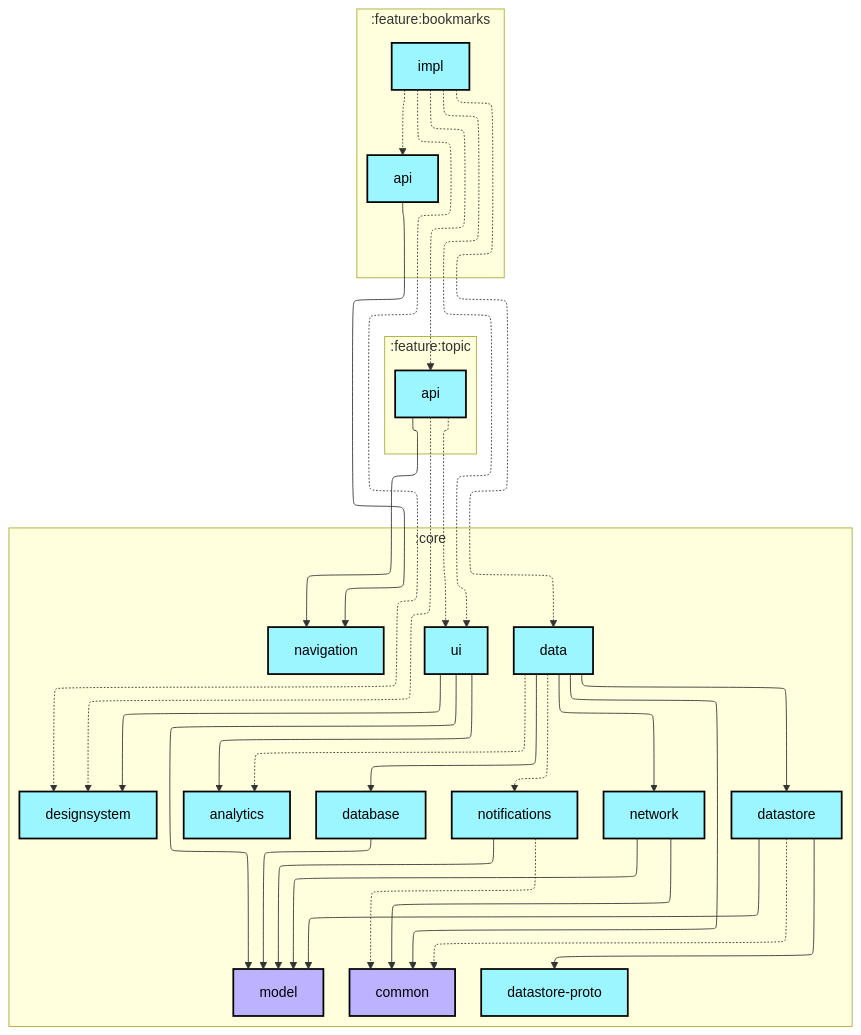
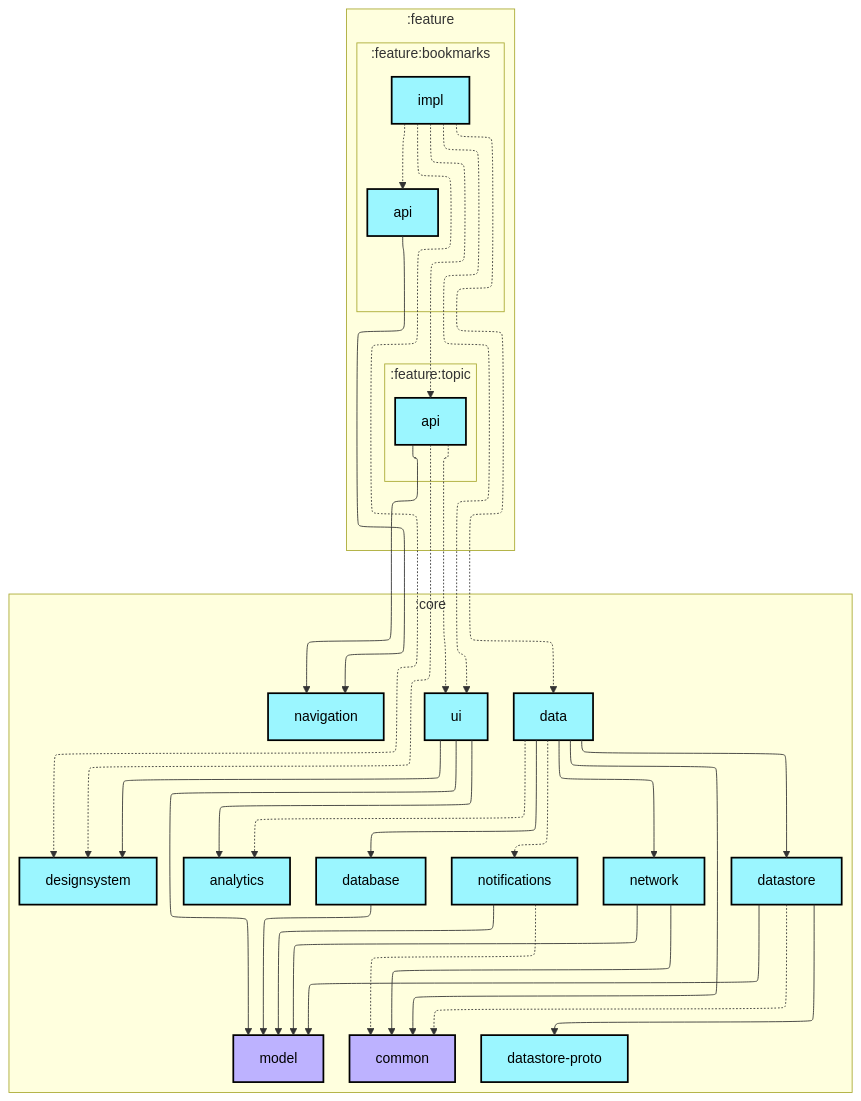
The first of 2 diagrams in feature/bookmarks/impl/README.md (android/nowinandroid), drawn with Mermaid before and after one commit. The commit also changed 12 other files, not shown here.

Commit message:
Fix module graph generation.

````diff
--- a/feature/bookmarks/impl/README.md
+++ b/feature/bookmarks/impl/README.md
@@ -6,67 +6,70 @@
 ```mermaid
 ---
 config:
   layout: elk
   elk:
     nodePlacementStrategy: SIMPLE
 ---
 graph TB
+  subgraph :feature
+    direction TB
+    subgraph :feature:bookmarks
+      direction TB
+      :feature:bookmarks:api[api]:::android-library
+      :feature:bookmarks:impl[impl]:::android-library
+    end
+    subgraph :feature:topic
+      direction TB
+      :feature:topic:api[api]:::android-library
+    end
+  end
   subgraph :core
     direction TB
     :core:analytics[analytics]:::android-library
     :core:common[common]:::jvm-library
     :core:data[data]:::android-library
     :core:database[database]:::android-library
     :core:datastore[datastore]:::android-library
     :core:datastore-proto[datastore-proto]:::android-library
     :core:designsystem[designsystem]:::android-library
     :core:model[model]:::jvm-library
     :core:navigation[navigation]:::android-library
     :core:network[network]:::android-library
     :core:notifications[notifications]:::android-library
     :core:ui[ui]:::android-library
-  end
-  subgraph :feature:bookmarks
-    direction TB
-    :feature:bookmarks:api[api]:::android-library
-    :feature:bookmarks:impl[impl]:::android-library
-  end
-  subgraph :feature:topic
-    direction TB
-    :feature:topic:api[api]:::android-library
   end
 
   :core:data -.-> :core:analytics
   :core:data --> :core:common
   :core:data --> :core:database
   :core:data --> :core:datastore
   :core:data --> :core:network
   :core:data -.-> :core:notifications
   :core:database --> :core:model
   :core:datastore -.-> :core:common
   :core:datastore --> :core:datastore-proto
   :core:datastore --> :core:model
   :core:network --> :core:common
   :core:network --> :core:model
   :core:notifications -.-> :core:common
   :core:notifications --> :core:model
   :core:ui --> :core:analytics
   :core:ui --> :core:designsystem
   :core:ui --> :core:model
   :feature:bookmarks:api --> :core:navigation
   :feature:bookmarks:impl -.-> :core:data
   :feature:bookmarks:impl -.-> :core:designsystem
   :feature:bookmarks:impl -.-> :core:ui
   :feature:bookmarks:impl -.-> :feature:bookmarks:api
   :feature:bookmarks:impl -.-> :feature:topic:api
   :feature:topic:api -.-> :core:designsystem
   :feature:topic:api --> :core:navigation
   :feature:topic:api -.-> :core:ui
 
 classDef android-application fill:#CAFFBF,stroke:#000,stroke-width:2px,color:#000;
 classDef android-feature fill:#FFD6A5,stroke:#000,stroke-width:2px,color:#000;
 classDef android-library fill:#9BF6FF,stroke:#000,stroke-width:2px,color:#000;
 classDef android-test fill:#A0C4FF,stroke:#000,stroke-width:2px,color:#000;
 classDef jvm-library fill:#BDB2FF,stroke:#000,stroke-width:2px,color:#000;
 classDef unknown fill:#FFADAD,stroke:#000,stroke-width:2px,color:#000;
 ```
````
